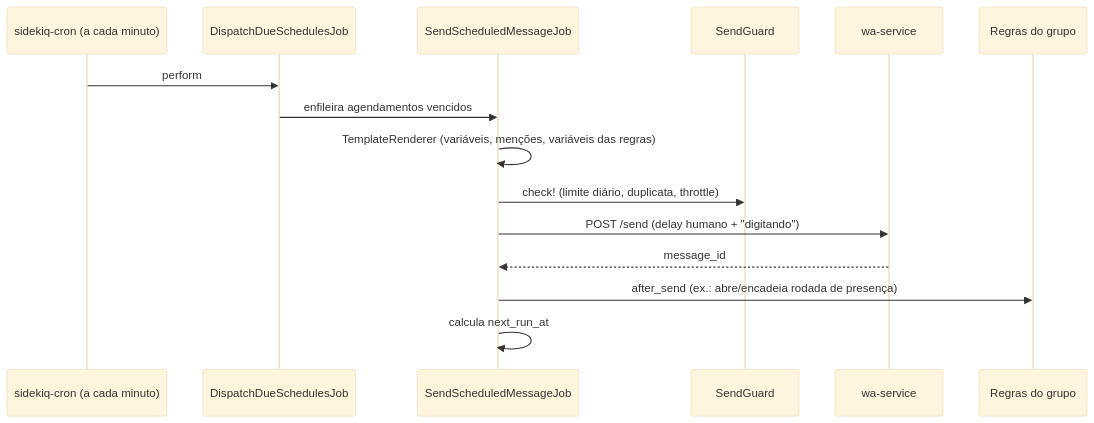
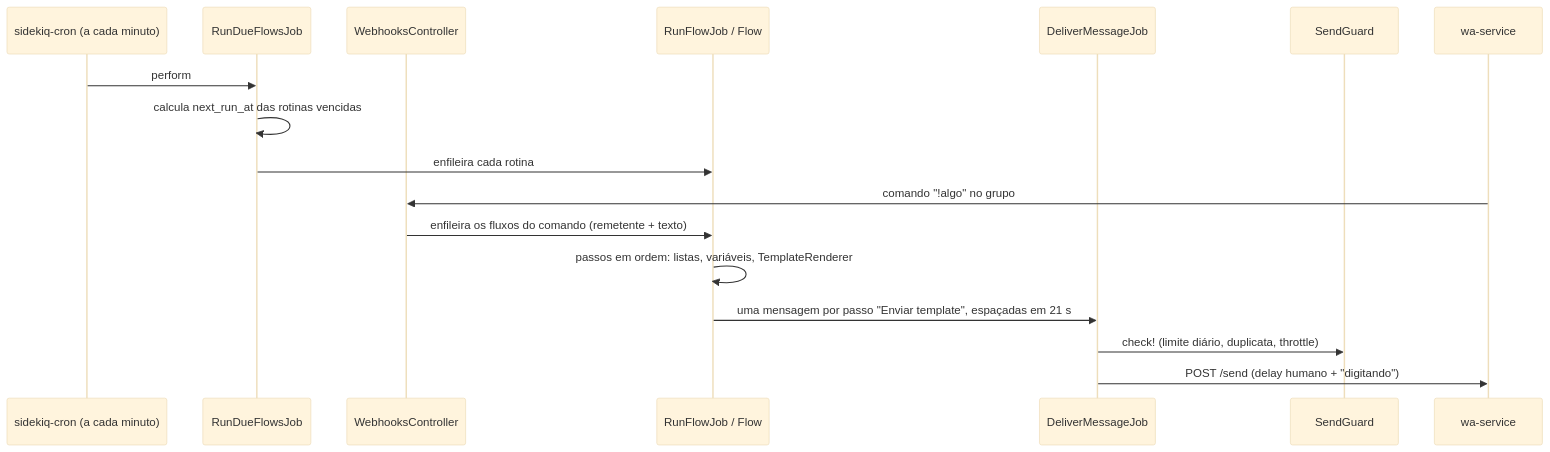
Before and after one commit to caiovitorsantos/cynthia: the second of 4 diagrams in README.md, drawn with Mermaid (base theme). The commit also changed other lines of this file and 58 other files, not shown here.

First line of the commit message:
Automação de grupos: listas, fluxos e templates por grupo

````diff
--- a/README.md
+++ b/README.md
@@ -125,18 +129,20 @@
 ```mermaid
 sequenceDiagram
     participant Cron as sidekiq-cron (a cada minuto)
-    participant D as DispatchDueSchedulesJob
-    participant S as SendScheduledMessageJob
+    participant Due as RunDueFlowsJob
+    participant WH as WebhooksController
+    participant F as RunFlowJob / Flow#run!
+    participant D as DeliverMessageJob
     participant G as SendGuard
     participant W as wa-service
-    participant Rules as Regras do grupo
 
-    Cron->>D: perform
-    D->>S: enfileira agendamentos vencidos
-    S->>S: TemplateRenderer (variáveis, menções, variáveis das regras)
-    S->>G: check! (limite diário, duplicata, throttle)
-    S->>W: POST /send (delay humano + "digitando")
-    W-->>S: message_id
-    S->>Rules: after_send (ex.: abre/encadeia rodada de presença)
-    S->>S: calcula next_run_at
+    Cron->>Due: perform
+    Due->>Due: calcula next_run_at das rotinas vencidas
+    Due->>F: enfileira cada rotina
+    W->>WH: comando "!algo" no grupo
+    WH->>F: enfileira os fluxos do comando (remetente + texto)
+    F->>F: passos em ordem: listas, variáveis, TemplateRenderer
+    F->>D: uma mensagem por passo "Enviar template", espaçadas em 21 s
+    D->>G: check! (limite diário, duplicata, throttle)
+    D->>W: POST /send (delay humano + "digitando")
 ```
````
